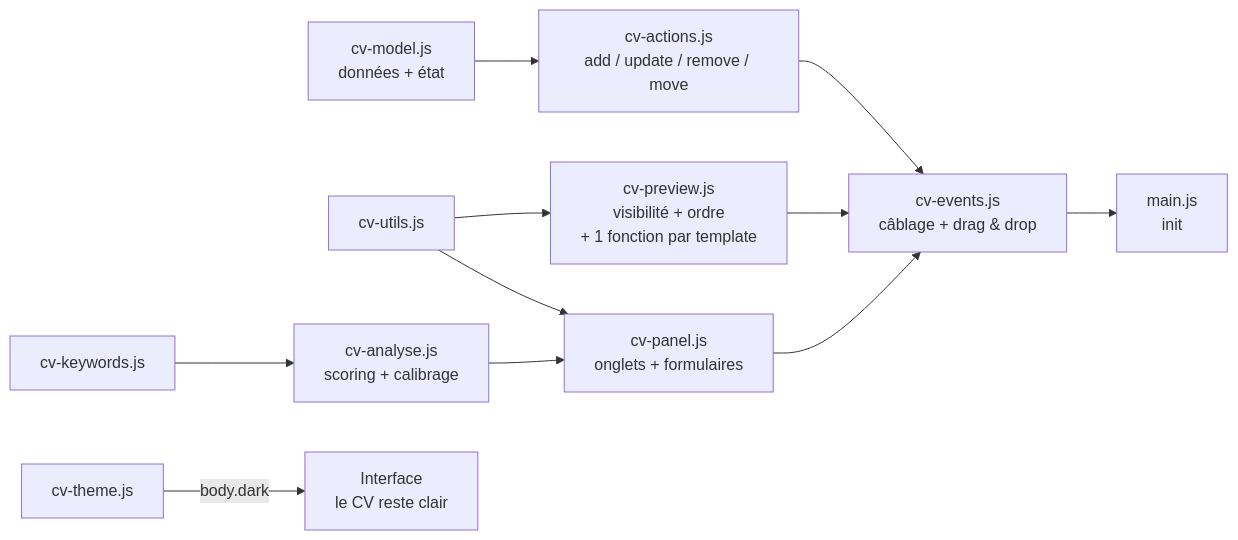
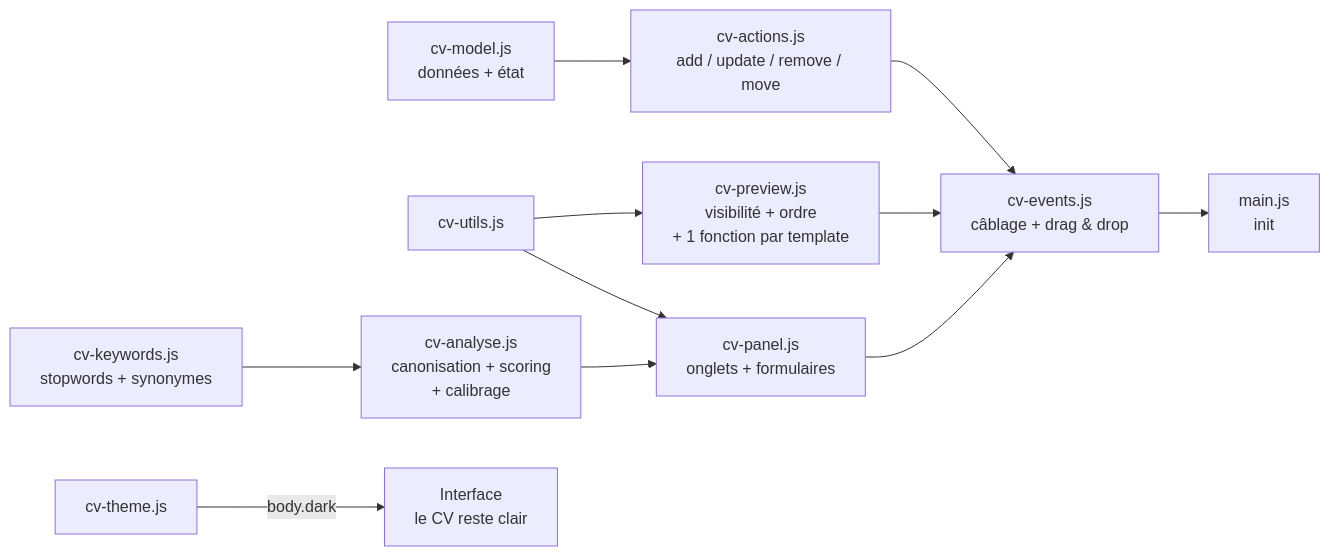
The diagram in README.md (LepetitPortfolio/CV-Editor), drawn with Mermaid before and after one commit. The commit also changed other lines of this file, not shown here.

````diff
--- a/README.md
+++ b/README.md
@@ -121,13 +125,13 @@
 ```mermaid
 flowchart LR
     M[cv-model.js<br/>données + état] --> A[cv-actions.js<br/>add / update / remove / move]
     U[cv-utils.js] --> P[cv-panel.js<br/>onglets + formulaires]
     U --> V[cv-preview.js<br/>visibilité + ordre<br/>+ 1 fonction par template]
-    K[cv-keywords.js] --> AN[cv-analyse.js<br/>scoring + calibrage]
+    K[cv-keywords.js<br/>stopwords + synonymes] --> AN[cv-analyse.js<br/>canonisation + scoring<br/>+ calibrage]
     AN --> P
     A --> E[cv-events.js<br/>câblage + drag & drop]
     P --> E
     V --> E
     E --> I[main.js<br/>init]
     G[cv-theme.js] -->|body.dark| H[Interface<br/>le CV reste clair]
 ```
````
